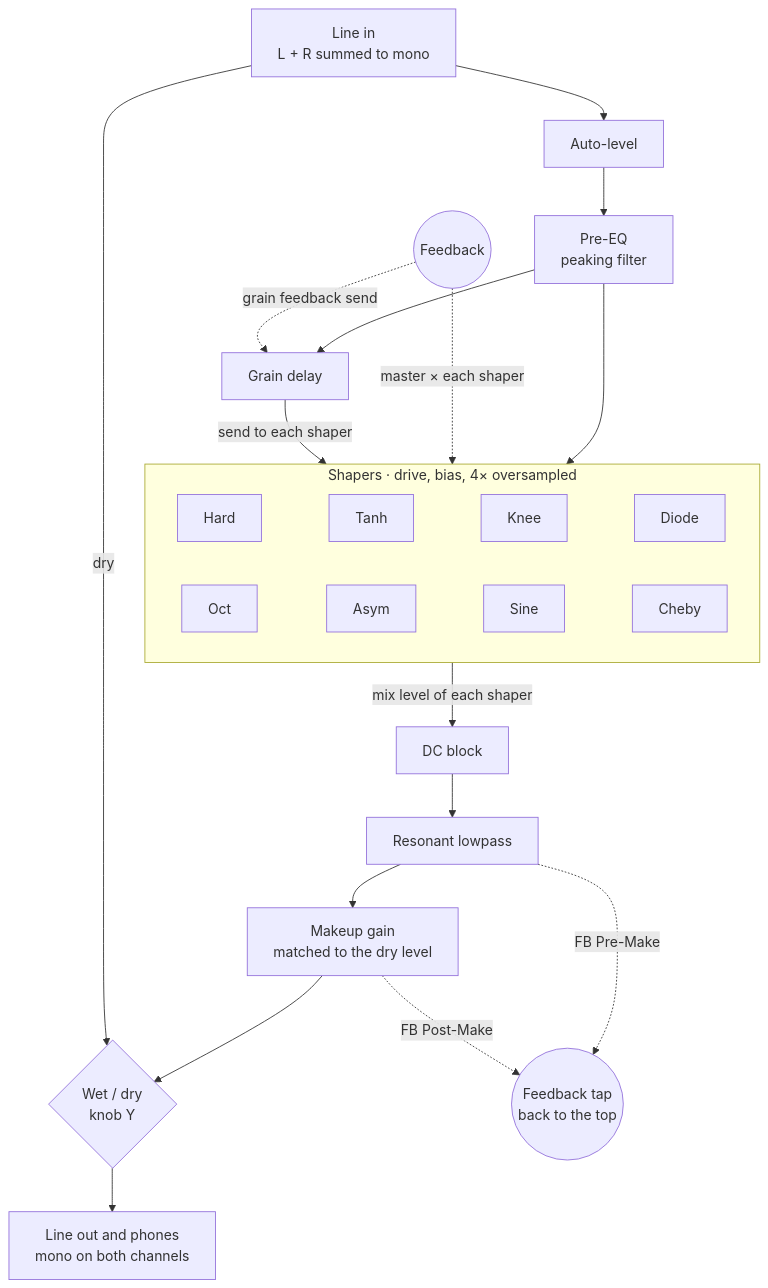
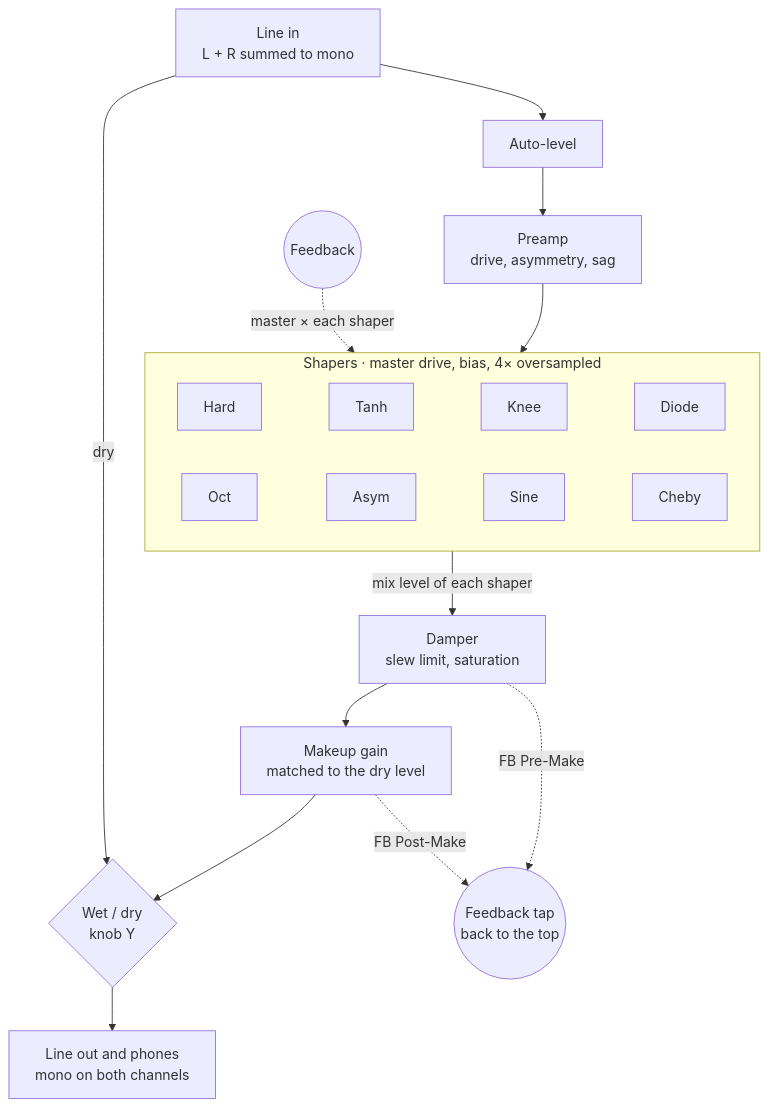
One commit to MusicallyEmbodiedML/musicallyembodiedml.github.io changed the diagram in _pages/memlnaut/firmwares/nautlinear.md. Above: the diagram before and after it, drawn with Mermaid. The commit also changed other lines of this file and 17 other files, not shown here.

````diff
--- a/_pages/memlnaut/firmwares/nautlinear.md
+++ b/_pages/memlnaut/firmwares/nautlinear.md
@@ -21,26 +17,22 @@
 ```mermaid
 flowchart TD
   IN["Line in<br/>L + R summed to mono"] --> AL["Auto-level"]
-  AL --> EQ["Pre-EQ<br/>peaking filter"]
-  EQ --> GD["Grain delay"]
-  EQ --> SH
-  FBIN(("Feedback")) -. "grain feedback send" .-> GD
-  FBIN -. "master × each shaper" .-> SH
-  GD -- "send to each shaper" --> SH
+  AL --> PRE["Preamp<br/>drive, asymmetry, sag"]
+  PRE --> SH
+  FBIN(("Feedback")) -. "master × each shaper" .-> SH
 
-  subgraph SH["Shapers · drive, bias, 4× oversampled"]
+  subgraph SH["Shapers · master drive, bias, 4× oversampled"]
     direction LR
     S1["Hard"] ~~~ S2["Tanh"] ~~~ S3["Knee"] ~~~ S4["Diode"]
     S5["Oct"] ~~~ S6["Asym"] ~~~ S7["Sine"] ~~~ S8["Cheby"]
   end
 
-  SH -- "mix level of each shaper" --> DC["DC block"]
-  DC --> LP["Resonant lowpass"]
-  LP --> MK["Makeup gain<br/>matched to the dry level"]
+  SH -- "mix level of each shaper" --> DMP["Damper<br/>slew limit, saturation"]
+  DMP --> MK["Makeup gain<br/>matched to the dry level"]
   MK --> WD{"Wet / dry<br/>knob Y"}
   IN -- "dry" --> WD
   WD --> OUT["Line out and phones<br/>mono on both channels"]
 
-  LP -. "FB Pre-Make" .-> TAP(("Feedback tap<br/>back to the top"))
+  DMP -. "FB Pre-Make" .-> TAP(("Feedback tap<br/>back to the top"))
   MK -. "FB Post-Make" .-> TAP
 ```
````
